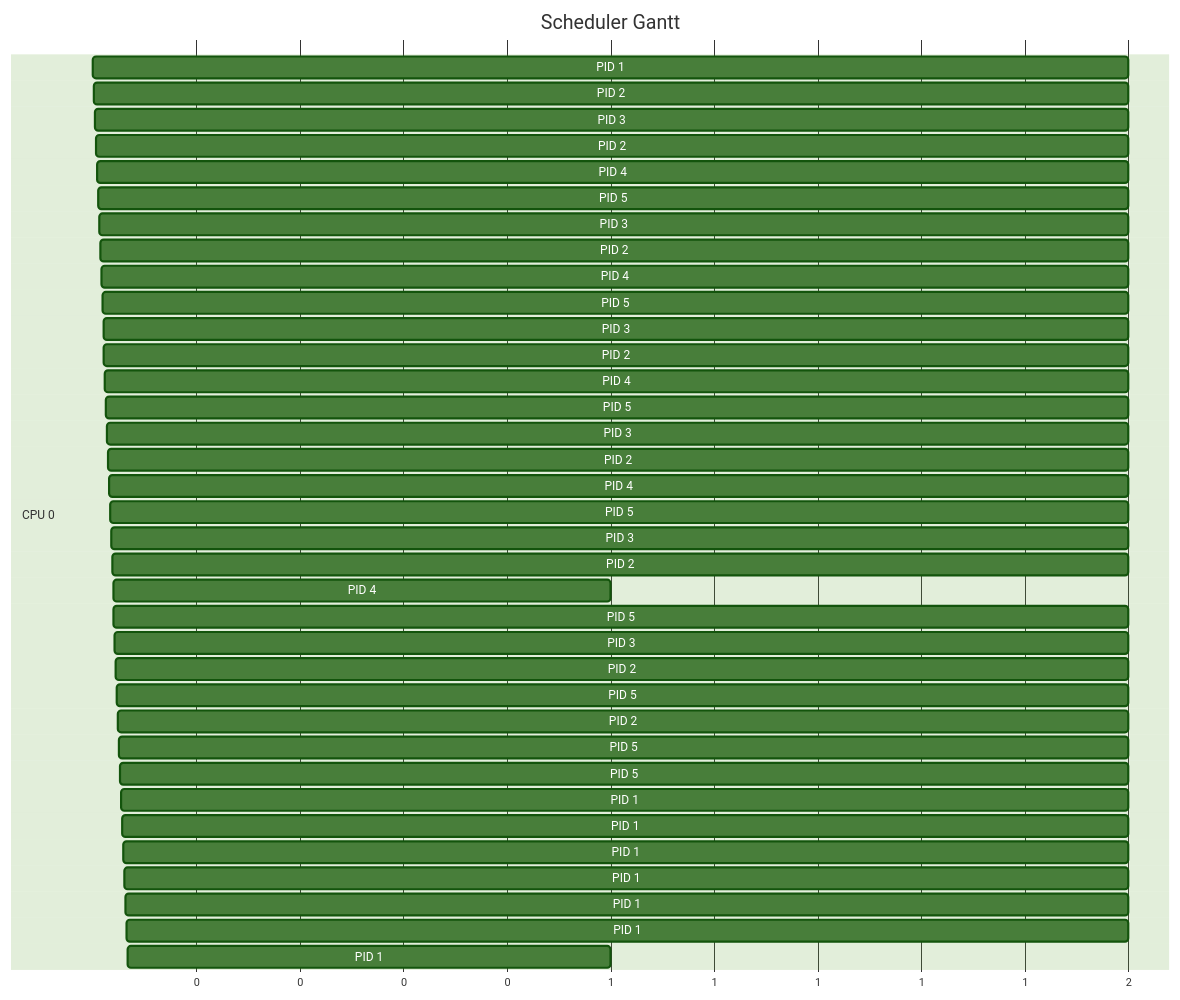
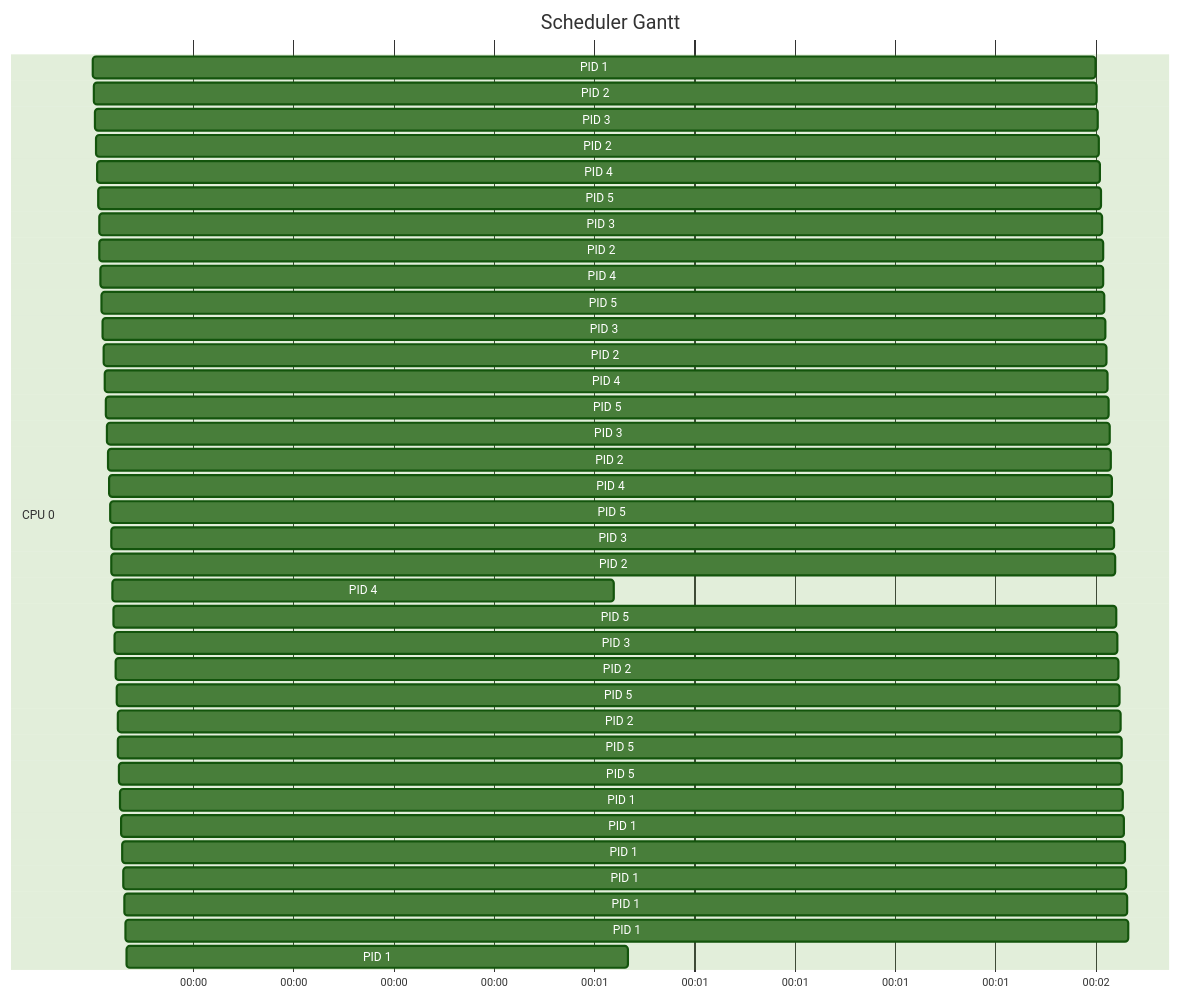
One commit to quangnguyencomeng/CO2018-261-CC-2453052 changed the third of 4 diagrams in docs/member1-gantt.md. Above: the diagram before and after it, drawn with Mermaid (forest theme). The commit also changed other lines of this file and 2 other files, not shown here.

Commit message:
feat: Fix Gantt docs member 1

````diff
--- a/docs/member1-gantt.md
+++ b/docs/member1-gantt.md
@@ -73,42 +73,42 @@
 ```mermaid
 gantt
   title Scheduler Gantt
   dateFormat X
-  axisFormat %s
+  axisFormat %M:%S
   section CPU 0
-  PID 1 :1,2
-  PID 2 :3,2
-  PID 3 :5,2
-  PID 2 :7,2
-  PID 4 :9,2
-  PID 5 :11,2
-  PID 3 :13,2
-  PID 2 :15,2
-  PID 4 :17,2
-  PID 5 :19,2
-  PID 3 :21,2
-  PID 2 :23,2
-  PID 4 :25,2
-  PID 5 :27,2
-  PID 3 :29,2
-  PID 2 :31,2
-  PID 4 :33,2
-  PID 5 :35,2
-  PID 3 :37,2
-  PID 2 :39,2
-  PID 4 :41,1
-  PID 5 :42,2
-  PID 3 :44,2
-  PID 2 :46,2
-  PID 5 :48,2
-  PID 2 :50,2
-  PID 5 :52,2
-  PID 5 :54,2
-  PID 1 :56,2
-  PID 1 :58,2
-  PID 1 :60,2
-  PID 1 :62,2
-  PID 1 :64,2
-  PID 1 :66,2
-  PID 1 :68,1
+  PID 1 :1,2s
+  PID 2 :3,2s
+  PID 3 :5,2s
+  PID 2 :7,2s
+  PID 4 :9,2s
+  PID 5 :11,2s
+  PID 3 :13,2s
+  PID 2 :15,2s
+  PID 4 :17,2s
+  PID 5 :19,2s
+  PID 3 :21,2s
+  PID 2 :23,2s
+  PID 4 :25,2s
+  PID 5 :27,2s
+  PID 3 :29,2s
+  PID 2 :31,2s
+  PID 4 :33,2s
+  PID 5 :35,2s
+  PID 3 :37,2s
+  PID 2 :39,2s
+  PID 4 :41,1s
+  PID 5 :42,2s
+  PID 3 :44,2s
+  PID 2 :46,2s
+  PID 5 :48,2s
+  PID 2 :50,2s
+  PID 5 :52,2s
+  PID 5 :54,2s
+  PID 1 :56,2s
+  PID 1 :58,2s
+  PID 1 :60,2s
+  PID 1 :62,2s
+  PID 1 :64,2s
+  PID 1 :66,2s
+  PID 1 :68,1s
 ```
````
